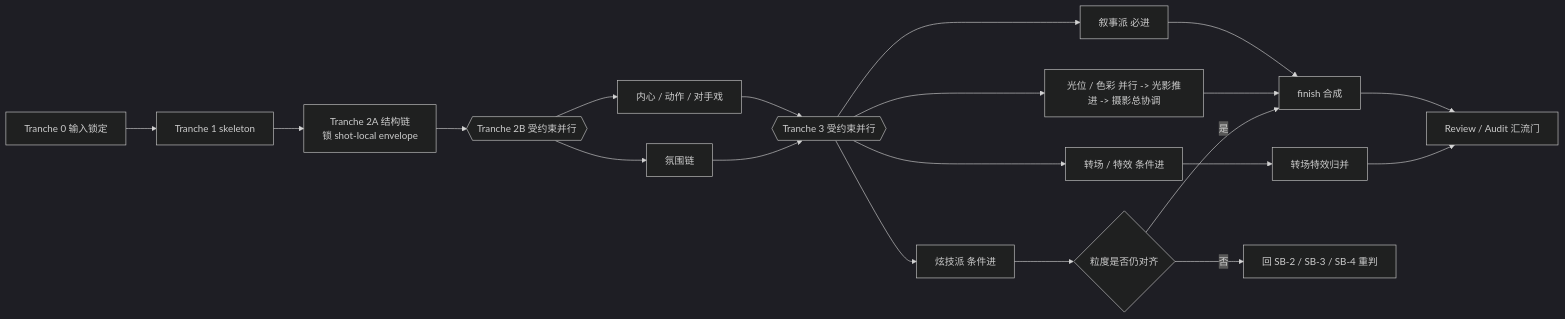
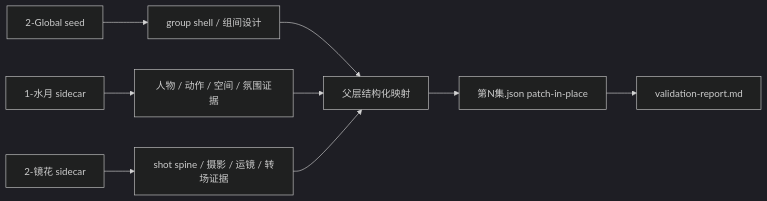
One commit to ZEN-VOID/AI-CUT changed the second of 3 diagrams in .agents/skills/aigc/3-Detail/SKILL.md. Above: the diagram before and after it, drawn with Mermaid (dark theme). The commit also changed other lines of this file and 307 other files, not shown here.

````diff
--- a/.agents/skills/aigc/3-Detail/SKILL.md
+++ b/.agents/skills/aigc/3-Detail/SKILL.md
@@ -154,22 +306,11 @@
 ```mermaid
 flowchart LR
-    A["Tranche 0 输入锁定"] --> B["Tranche 1 skeleton"]
-    B --> C["Tranche 2A 结构链<br/>锁 shot-local envelope"]
-    C --> D{{"Tranche 2B 受约束并行"}}
-    D --> D1["内心 / 动作 / 对手戏"]
-    D --> D2["氛围链"]
-    D1 --> E{{"Tranche 3 受约束并行"}}
-    D2 --> E
-    E --> E1["叙事派 必进"]
-    E --> E2["炫技派 条件进"]
-    E --> E3["光位 / 色彩 并行 -> 光影推进 -> 摄影总协调"]
-    E --> E4["转场 / 特效 条件进"]
-    E1 --> F["finish 合成"]
-    E3 --> F
-    E2 --> G{"粒度是否仍对齐"}
-    E4 --> H["转场特效归并"]
-    G -- "否" --> R["回 SB-2 / SB-3 / SB-4 重判"]
-    G -- "是" --> F
-    F --> I["Review / Audit 汇流门"]
-    H --> I
+    A["2-Global seed"] --> B["group shell / 组间设计"]
+    C["1-水月 sidecar"] --> D["人物 / 动作 / 空间 / 氛围证据"]
+    E["2-镜花 sidecar"] --> F["shot spine / 摄影 / 运镜 / 转场证据"]
+    B --> G["父层结构化映射"]
+    D --> G
+    F --> G
+    G --> H["第N集.json patch-in-place"]
+    H --> I["validation-report.md"]
 ```
````
